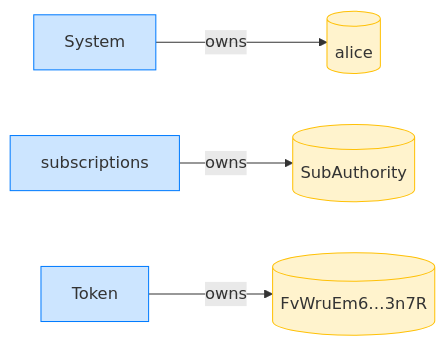
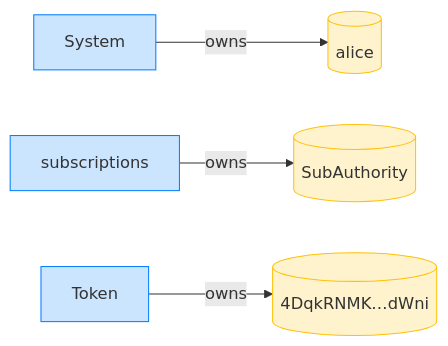
Before and after one commit to cds-rs/subscriptions: the fourth of 12 diagrams in dsl_tests/recurring-transfer-before-the-start-time-is-refused.md, drawn with Mermaid. The commit also changed other lines of this file and 224 other files, not shown here.

````diff
--- a/dsl_tests/recurring-transfer-before-the-start-time-is-refused.md
+++ b/dsl_tests/recurring-transfer-before-the-start-time-is-refused.md
@@ -73,14 +78,14 @@
 ```mermaid
 flowchart LR
     classDef owner fill:#cce5ff,stroke:#007bff;
     classDef account fill:#fff3cd,stroke:#ffc107;
     System[System]:::owner
     alice[(alice)]:::account
     subscriptions[subscriptions]:::owner
     SubAuthority[(SubAuthority)]:::account
     Token[Token]:::owner
-    FvWruEm6_3n7R[("FvWruEm6…3n7R")]:::account
+    4DqkRNMK_dWni[("4DqkRNMK…dWni")]:::account
     System -->|owns| alice
     subscriptions -->|owns| SubAuthority
-    Token -->|owns| FvWruEm6_3n7R
+    Token -->|owns| 4DqkRNMK_dWni
 ```
````
